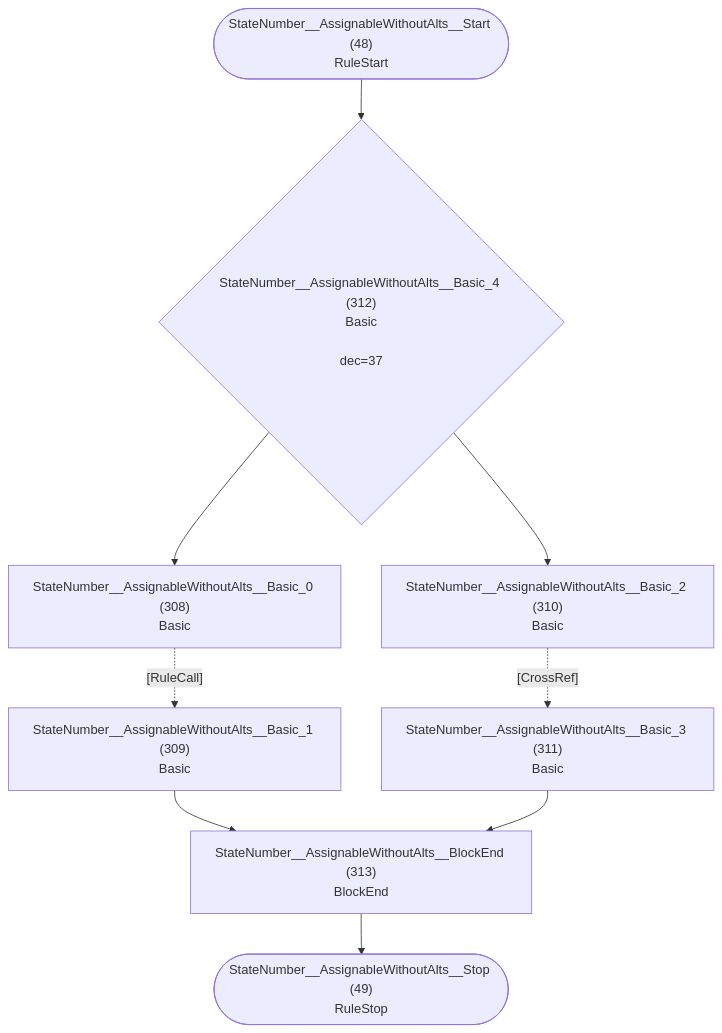
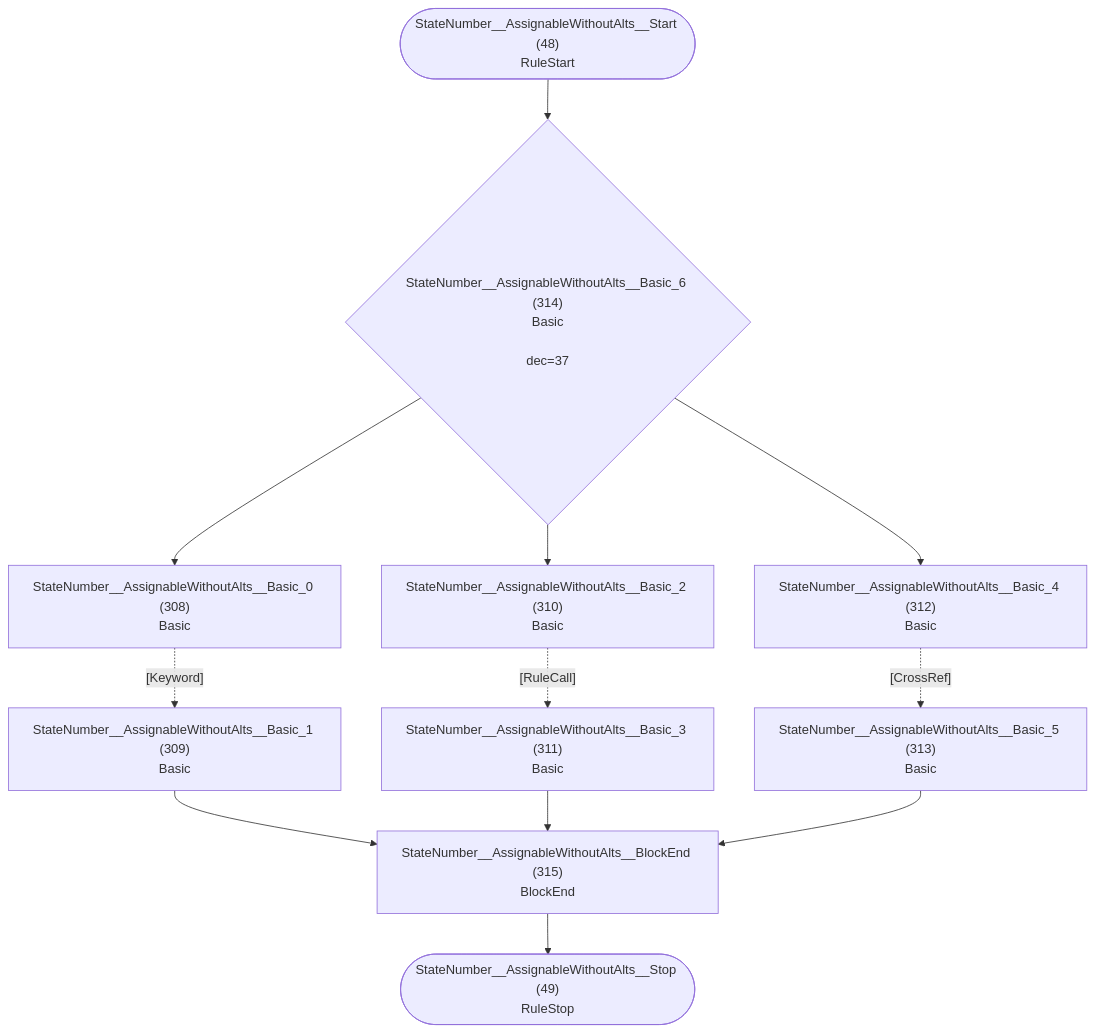
Before and after one commit to TypeFox/fastbelt: diagram 25 of 33 in internal/grammar/atn.md, drawn with Mermaid. The commit also changed other lines of this file and 6 other files, not shown here.

````diff
--- a/internal/grammar/atn.md
+++ b/internal/grammar/atn.md
@@ -782,20 +782,25 @@
 ```mermaid
 flowchart TD
     q48(["StateNumber__AssignableWithoutAlts__Start (48)<br/>RuleStart"])
     q49(["StateNumber__AssignableWithoutAlts__Stop (49)<br/>RuleStop"])
     q308["StateNumber__AssignableWithoutAlts__Basic_0 (308)<br/>Basic<br/>"]
     q309["StateNumber__AssignableWithoutAlts__Basic_1 (309)<br/>Basic<br/>"]
     q310["StateNumber__AssignableWithoutAlts__Basic_2 (310)<br/>Basic<br/>"]
     q311["StateNumber__AssignableWithoutAlts__Basic_3 (311)<br/>Basic<br/>"]
-    q312{"StateNumber__AssignableWithoutAlts__Basic_4 (312)<br/>Basic<br/><br/>dec=37"}
-    q313["StateNumber__AssignableWithoutAlts__BlockEnd (313)<br/>BlockEnd<br/>"]
+    q312["StateNumber__AssignableWithoutAlts__Basic_4 (312)<br/>Basic<br/>"]
+    q313["StateNumber__AssignableWithoutAlts__Basic_5 (313)<br/>Basic<br/>"]
+    q314{"StateNumber__AssignableWithoutAlts__Basic_6 (314)<br/>Basic<br/><br/>dec=37"}
+    q315["StateNumber__AssignableWithoutAlts__BlockEnd (315)<br/>BlockEnd<br/>"]
 
-    q48 --> q312
-    q308 -.->|"[RuleCall]"| q309
-    q309 --> q313
-    q310 -.->|"[CrossRef]"| q311
-    q311 --> q313
-    q312 --> q308
-    q312 --> q310
-    q313 --> q49
+    q48 --> q314
+    q308 -.->|"[Keyword]"| q309
+    q309 --> q315
+    q310 -.->|"[RuleCall]"| q311
+    q311 --> q315
+    q312 -.->|"[CrossRef]"| q313
+    q313 --> q315
+    q314 --> q308
+    q314 --> q310
+    q314 --> q312
+    q315 --> q49
 ```
````
